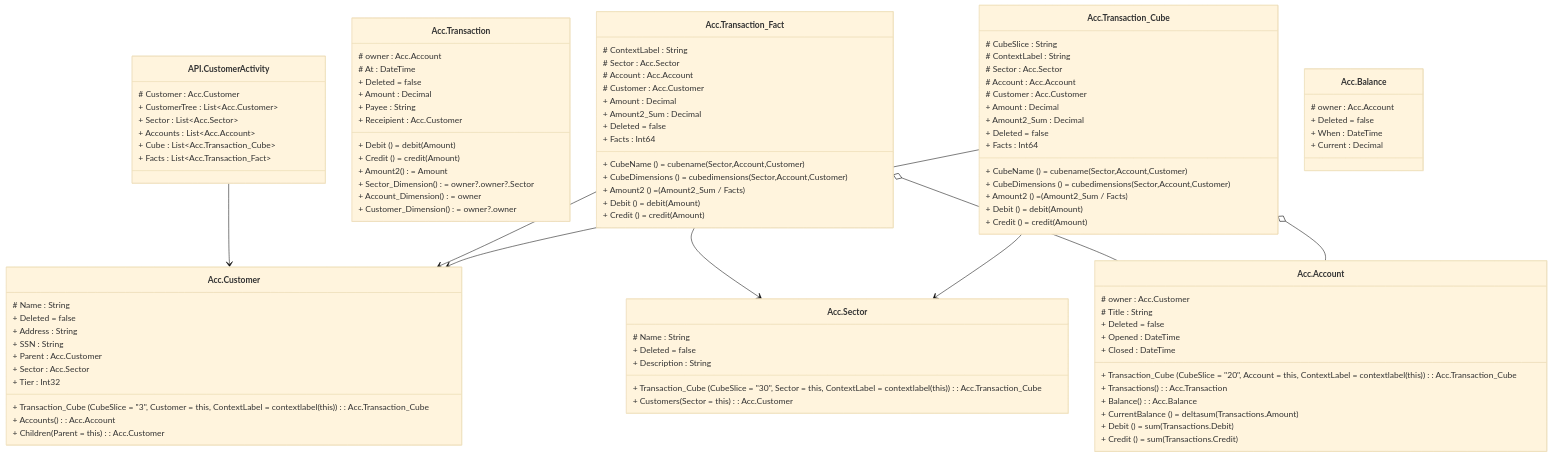
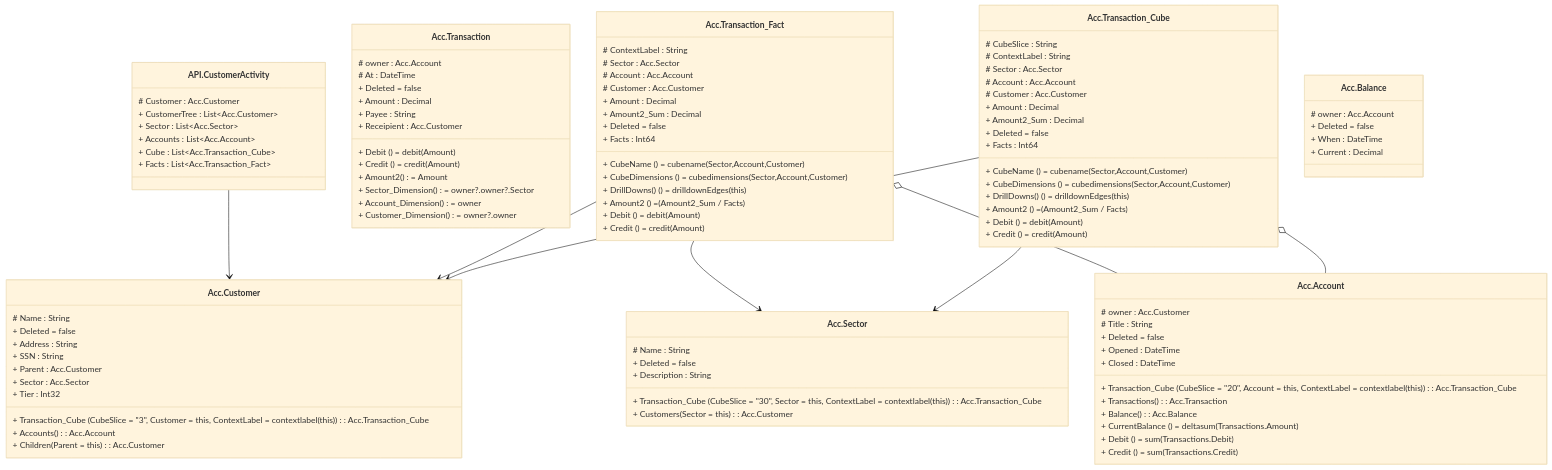
The diagram in examples/Account/Account-physical.md (channell/Hiperspace), drawn with Mermaid (base theme) before and after one commit. The commit also changed other lines of this file and 148 other files, not shown here.

```diff
--- a/examples/Account/Account-physical.md
+++ b/examples/Account/Account-physical.md
@@ -67,6 +67,7 @@
         + Facts  : Int64
         + CubeName () = cubename(Sector,Account,Customer)
         + CubeDimensions () = cubedimensions(Sector,Account,Customer)
+        + DrillDowns() () = drilldownEdges(this)
         + Amount2 () = (Amount2_Sum / Facts)
         + Debit () = debit(Amount)
         + Credit () = credit(Amount)
@@ -86,6 +87,7 @@
         + Facts  : Int64
         + CubeName () = cubename(Sector,Account,Customer)
         + CubeDimensions () = cubedimensions(Sector,Account,Customer)
+        + DrillDowns() () = drilldownEdges(this)
         + Amount2 () = (Amount2_Sum / Facts)
         + Debit () = debit(Amount)
         + Credit () = credit(Amount)
```
